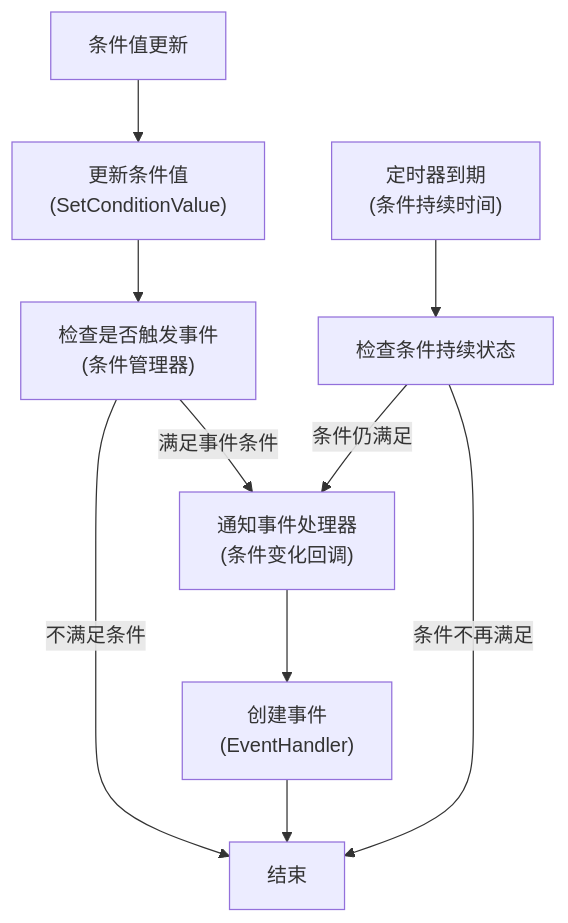
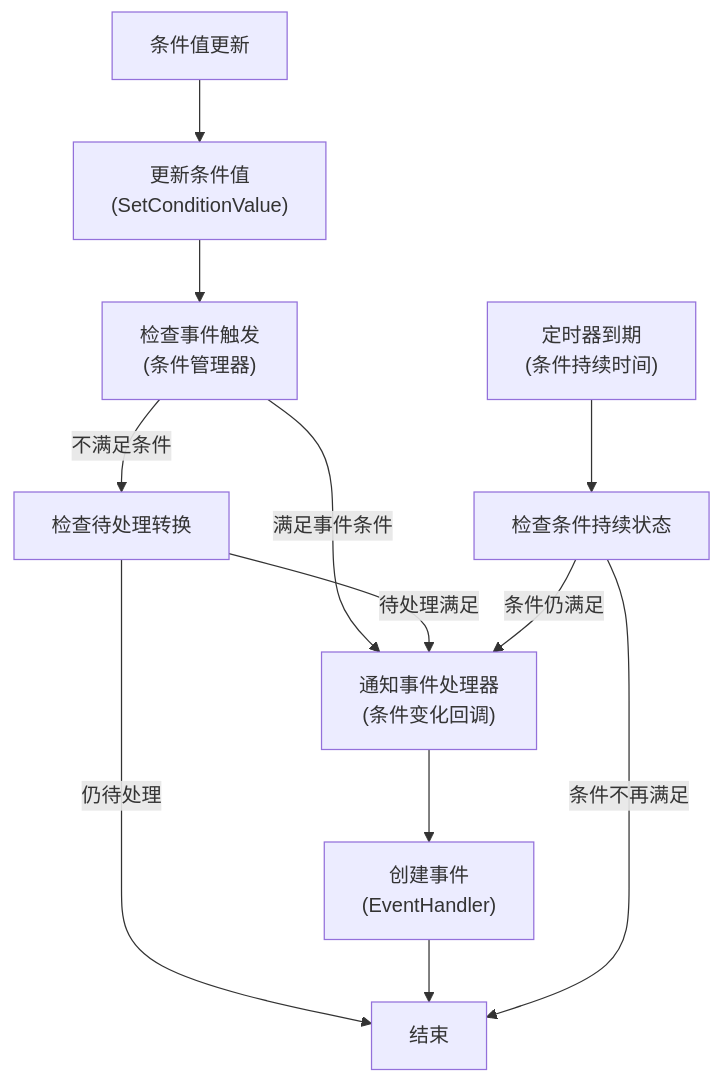
Before and after one commit to JUSTLIKEHU/StateMachine_Frame: the third of 6 diagrams in README_CN.md, drawn with Mermaid. The commit also changed other lines of this file and 25 other files, not shown here.

````diff
--- a/README_CN.md
+++ b/README_CN.md
@@ -1249,14 +1346,17 @@
 ```mermaid
 graph TD
     Start[条件值更新] --> Update["更新条件值<br>(SetConditionValue)"]
-    Update --> Check["检查是否触发事件<br>(条件管理器)"]
+    Update --> Check["检查事件触发<br>(条件管理器)"]
     Check -- 满足事件条件 --> Notify["通知事件处理器<br>(条件变化回调)"]
-    Check -- 不满足条件 --> End[结束]
+    Check -- 不满足条件 --> CheckPending["检查待处理转换"]
+    
+    CheckPending -- 待处理满足 --> Notify
+    CheckPending -- 仍待处理 --> End[结束]
     
     Notify --> CreateEvent["创建事件<br>(EventHandler)"]
     CreateEvent --> End
     
     Timer["定时器到期<br>(条件持续时间)"] --> CheckDur["检查条件持续状态"]
     CheckDur -- 条件仍满足 --> Notify
     CheckDur -- 条件不再满足 --> End
 ```
````
